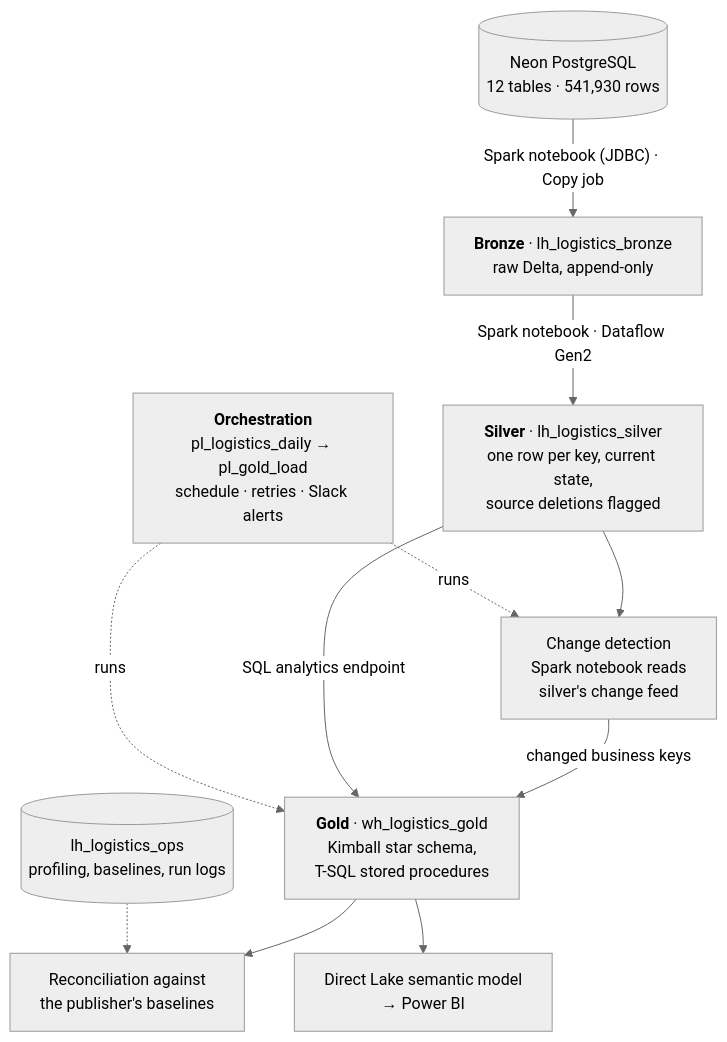
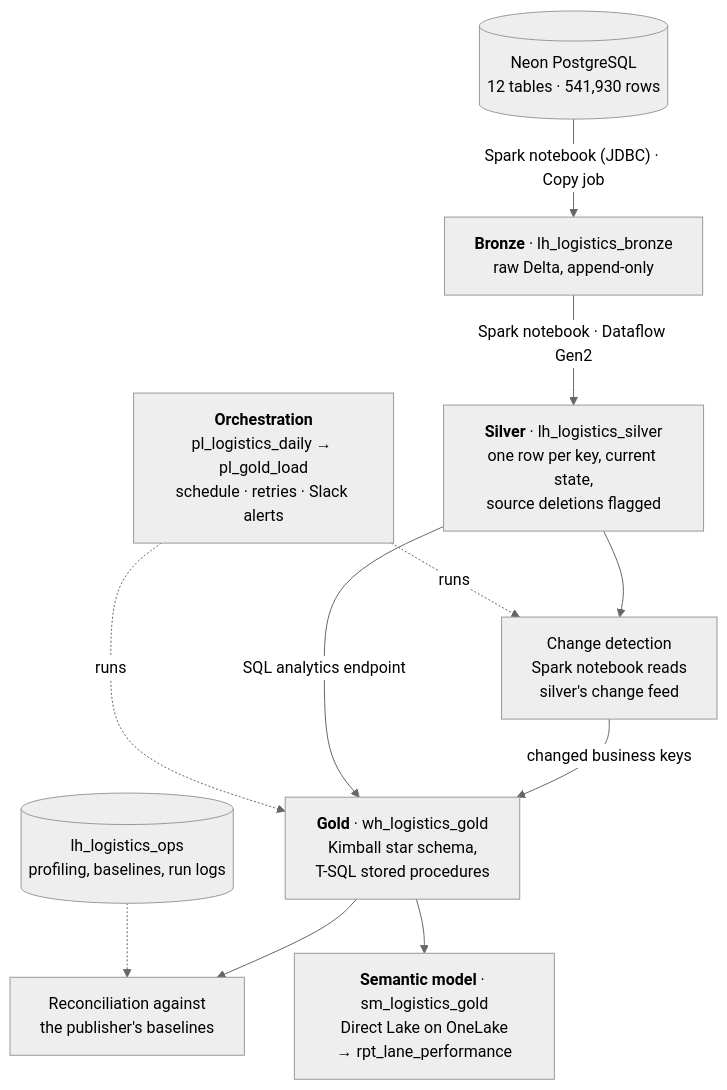
Before and after one commit to rhassan9/Logistics-DataOps-Fabric: the diagram in README.md, drawn with Mermaid (neutral theme). The commit also changed other lines of this file and 5 other files, not shown here.

Commit message:
Document semantic model, report and BPA review; close M3

````diff
--- a/README.md
+++ b/README.md
@@ -22,23 +23,23 @@
 ```mermaid
 flowchart TD
     SRC[("Neon PostgreSQL<br/>12 tables · 541,930 rows")]
     BRZ["<b>Bronze</b> · lh_logistics_bronze<br/>raw Delta, append-only"]
     SLV["<b>Silver</b> · lh_logistics_silver<br/>one row per key, current state,<br/>source deletions flagged"]
     CD["Change detection<br/>Spark notebook reads<br/>silver's change feed"]
     GLD["<b>Gold</b> · wh_logistics_gold<br/>Kimball star schema,<br/>T-SQL stored procedures"]
     REC["Reconciliation against<br/>the publisher's baselines"]
     PL["<b>Orchestration</b><br/>pl_logistics_daily → pl_gold_load<br/>schedule · retries · Slack alerts"]
-    SM["Direct Lake semantic model<br/>→ Power BI"]
+    SM["<b>Semantic model</b> · sm_logistics_gold<br/>Direct Lake on OneLake<br/>→ rpt_lane_performance"]
     OPS[("lh_logistics_ops<br/>profiling, baselines, run logs")]
 
     SRC -->|"Spark notebook (JDBC) · Copy job"| BRZ
     BRZ -->|"Spark notebook · Dataflow Gen2"| SLV
     SLV --> CD
     CD -->|"changed business keys"| GLD
     SLV -->|"SQL analytics endpoint"| GLD
     GLD --> REC
     OPS -.-> REC
     GLD --> SM
     PL -.->|"runs"| CD
     PL -.->|"runs"| GLD
 ```
````
